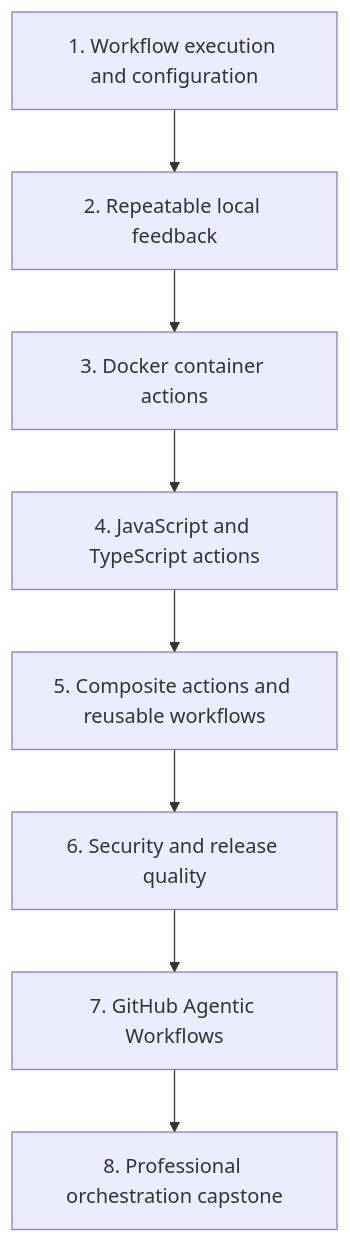
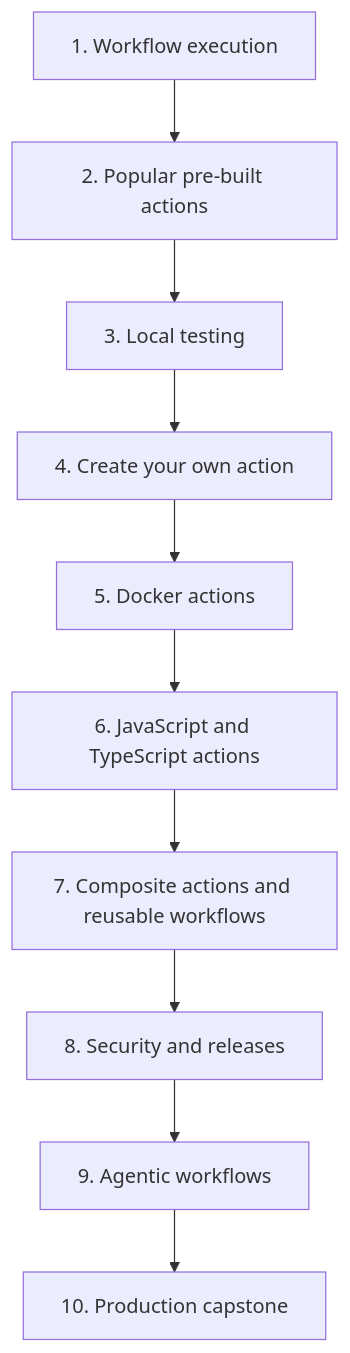
Before and after one commit to Rohit1024/actions-learn: the diagram in docs/index.md, drawn with Mermaid. The commit also changed other lines of this file and 40 other files, not shown here.

Commit message:
Add pre-built action selection and custom action creation modules

````diff
--- a/docs/index.md
+++ b/docs/index.md
@@ -57,11 +58,12 @@
 ```mermaid
 flowchart TD
-    M1["1. Workflow execution and configuration"]
-    M1 --> M2["2. Repeatable local feedback"]
-    M2 --> M3["3. Docker container actions"]
-    M3 --> M4["4. JavaScript and TypeScript actions"]
-    M4 --> M5["5. Composite actions and reusable workflows"]
-    M5 --> M6["6. Security and release quality"]
-    M6 --> M7["7. GitHub Agentic Workflows"]
-    M7 --> M8["8. Professional orchestration capstone"]
+    M1["1. Workflow execution"] --> M2["2. Popular pre-built actions"]
+    M2 --> M3["3. Local testing"]
+    M3 --> M4["4. Create your own action"]
+    M4 --> M5["5. Docker actions"]
+    M5 --> M6["6. JavaScript and TypeScript actions"]
+    M6 --> M7["7. Composite actions and reusable workflows"]
+    M7 --> M8["8. Security and releases"]
+    M8 --> M9["9. Agentic workflows"]
+    M9 --> M10["10. Production capstone"]
 ```
````
